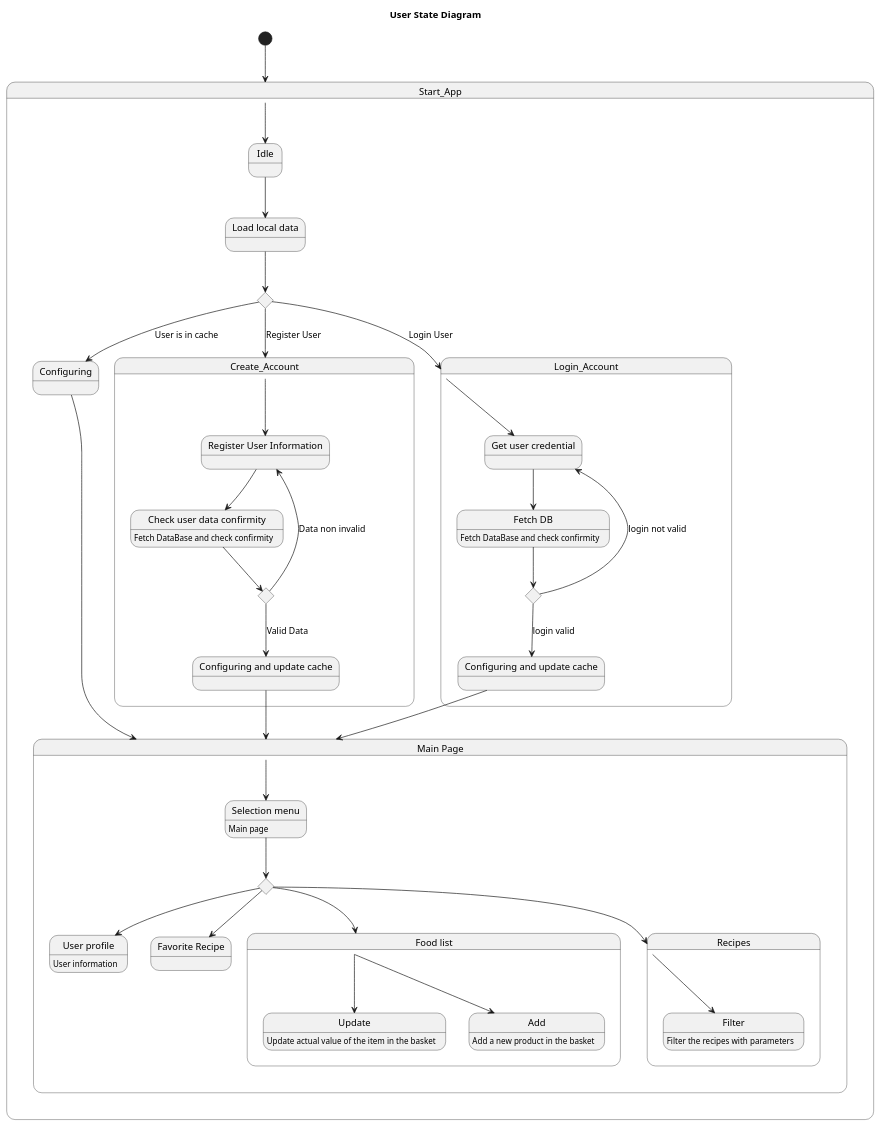
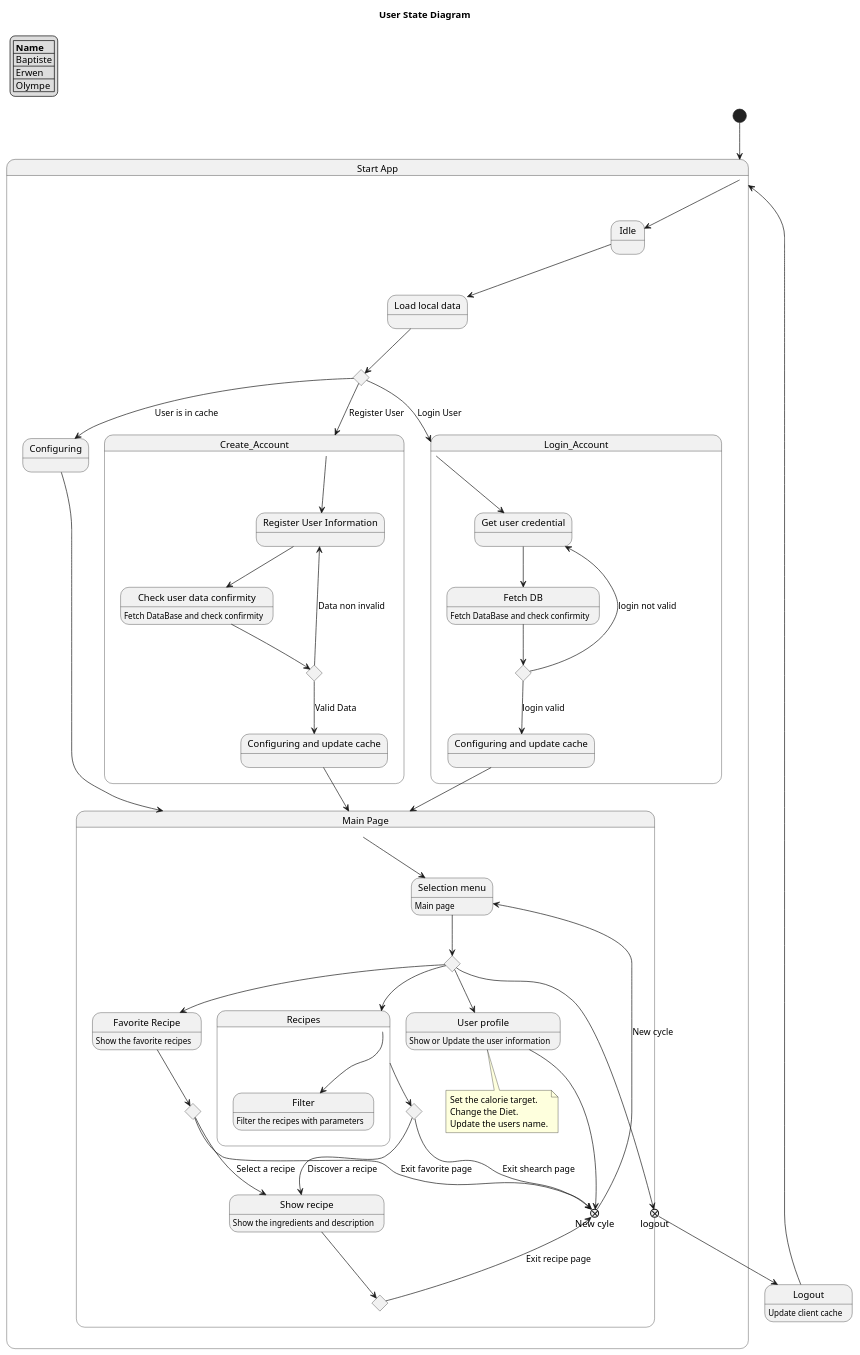
One commit to baptiste-entat-pantagene/clean_out_your_fridge changed the diagram in design/user_cycle.puml. Above: the diagram before and after it, drawn with PlantUML. The commit also changed 3 other files, not shown here.

```diff
--- a/design/user_cycle.puml
+++ b/design/user_cycle.puml
@@ -1,84 +1,118 @@
 @startuml
 title User State Diagram
 
 [*] --> Start_App
 
-state Start_App {
+state "Start App" as Start_App {
   state "Idle" as Start_App_Idle
   state "Load local data" as Start_App_Loadlocaldata
   state "Configuring" as Start_App_Configuring
   state user_is_register <<choice>>
 
   Start_App --> Start_App_Idle
   Start_App_Idle --> Start_App_Loadlocaldata
   Start_App_Loadlocaldata --> user_is_register
   user_is_register --> Start_App_Configuring : User is in cache
   user_is_register --> Create_Account : Register User
   user_is_register --> Login_Account : Login User
   Start_App_Configuring --> Main_Page
 
 }
 
 state Create_Account {
   state "Register User Information" as Register_User_Information
   state "Check user data confirmity" as Check_user_data_confirmity : Fetch DataBase and check confirmity
   state autority_check_user_register <<choice>>
   state "Configuring and update cache" as Create_Account_Configuring
 
   Create_Account --> Register_User_Information
   Register_User_Information --> Check_user_data_confirmity
   Check_user_data_confirmity --> autority_check_user_register
   autority_check_user_register --> Register_User_Information : Data non invalid
   autority_check_user_register --> Create_Account_Configuring : Valid Data
   Create_Account_Configuring --> Main_Page
 }
 
 state Login_Account {
   state "Get user credential" as get_user_credential
   state "Fetch DB" as Login_fetch_db : Fetch DataBase and check confirmity
   state login_check_confirmity <<choice>>
   state "Configuring and update cache" as login_update_cache
 
   Login_Account --> get_user_credential
   get_user_credential --> Login_fetch_db
   Login_fetch_db --> login_check_confirmity
   login_check_confirmity --> get_user_credential : login not valid
   login_check_confirmity --> login_update_cache : login valid
   login_update_cache --> Main_Page
 }
 
 state "Main Page" as Main_Page {
   state "Selection menu" as Selection_menu : Main page
   state "Selection" as main_select_all <<choice>>
 
-  state "User profile" as User_profile : User information
-  state "Food list" as Liste_de_course {
-    state "Update" as Food_update : Update actual value of the item in the basket
-    state "Add" as Food_add : Add a new product in the basket
-
-    Liste_de_course --> Food_add
-    Liste_de_course --> Food_update
-  }
+  state "User profile" as User_profile : Show or Update the user information
   state "Recipes" as Recipe {
     state "Filter" as Recipe_Filter : Filter the recipes with parameters
 
     Recipe --> Recipe_Filter
   }
-  state "Favorite Recipe" as Favorite_Recipe
+  state choice_recipe <<choice>>
+  
+  state "Favorite Recipe" as Favorite_Recipe : Show the favorite recipes
+  state choice_favorite <<choice>>
+  
+  state "Show recipe" as show_recipe : Show the ingredients and description
+  state choice_show_recipe <<choice>>
+
+  state "New cyle" as new_cycle <<exitPoint>>
+  
+  state "logout" as logout_from_main <<exitPoint>>
+
+
+
 
 
   Main_Page --> Selection_menu
   Selection_menu --> main_select_all
   main_select_all --> User_profile
-  main_select_all --> Liste_de_course
   main_select_all --> Recipe
+  main_select_all --> Favorite_Recipe
+  main_select_all --> logout_from_main
 
-  main_select_all --> Favorite_Recipe
+  Recipe --> choice_recipe
+  choice_recipe --> new_cycle : Exit shearch page
+  choice_recipe --> show_recipe : Discover a recipe
+  
+
+  Favorite_Recipe --> choice_favorite
+  choice_favorite --> show_recipe : Select a recipe
+  choice_favorite --> new_cycle : Exit favorite page
+
+  User_profile --> new_cycle
+
+  show_recipe --> choice_show_recipe
+  choice_show_recipe --> new_cycle : Exit recipe page
+
+  new_cycle --> Selection_menu : New cycle
+
+
+  note bottom of User_profile : Set the calorie target.\nChange the Diet.\nUpdate the users name.
+
+}
+
+state Logout : Update client cache
+Logout --> Start_App
+logout_from_main --> Logout
 
 
 
-}
-
+legend top left
+  | **Name** |
+  | Baptiste |
+  | Erwen |
+  | Olympe |
+endlegend
 
 
 @enduml
```
